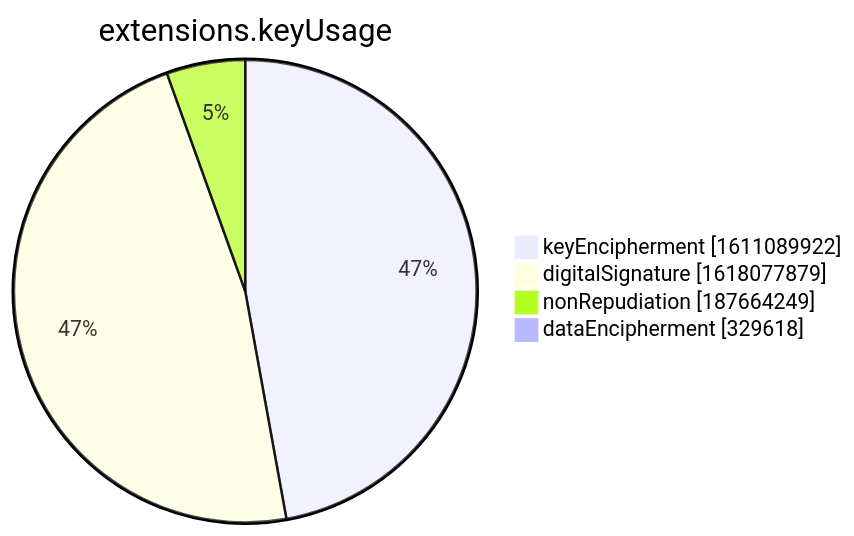
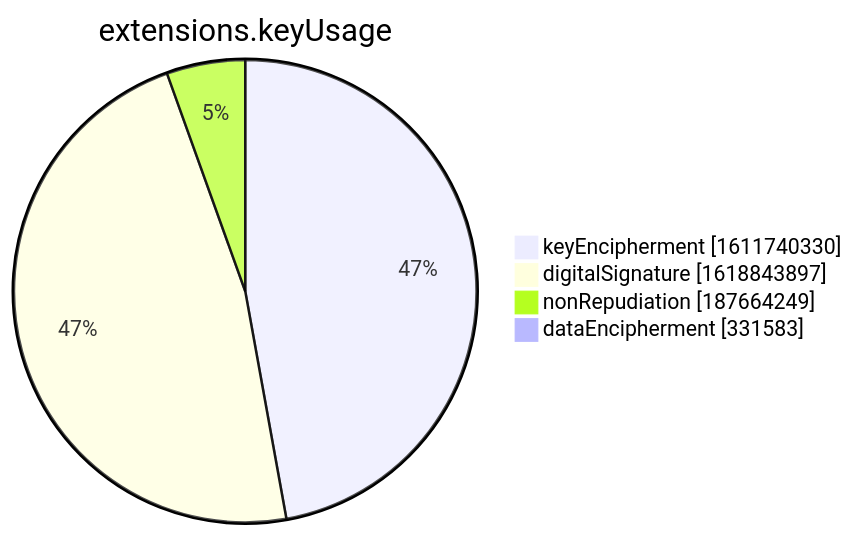
One commit to christiankrug/ctmonitor_visualization changed the seventh of 15 diagrams in xenon2022/README.md. Above: the diagram before and after it, drawn with Mermaid. The commit also changed other lines of this file, not shown here.

````diff
--- a/xenon2022/README.md
+++ b/xenon2022/README.md
@@ -2855,8 +2855,8 @@
 ```mermaid
 pie showData
 title extensions.keyUsage
-"keyEncipherment" :1611089922
-"digitalSignature" :1618077879
+"keyEncipherment" :1611740330
+"digitalSignature" :1618843897
 "nonRepudiation" :187664249
-"dataEncipherment" :329618
+"dataEncipherment" :331583
 ```
````
